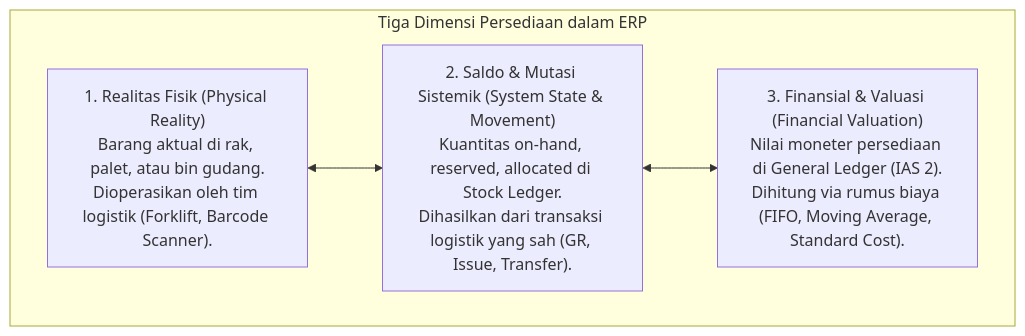
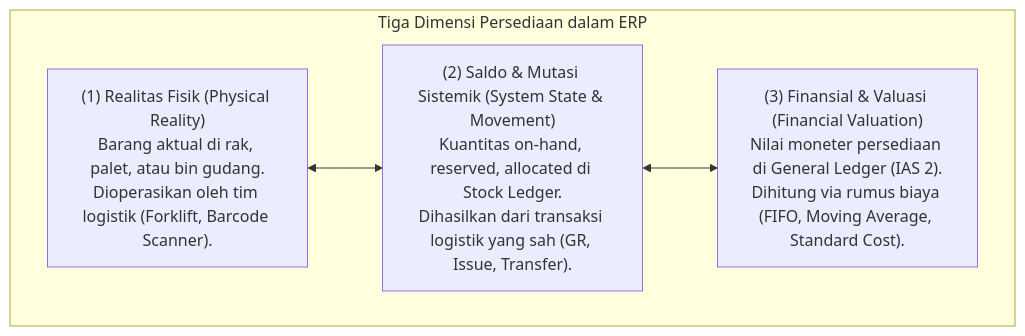
One commit to alimurrofid/erp-notes changed the first of 2 diagrams in content/05-inventory/inventory-fundamentals.md. Above: the diagram before and after it, drawn with Mermaid. The commit also changed other lines of this file and 132 other files, not shown here.

````diff
--- a/content/05-inventory/inventory-fundamentals.md
+++ b/content/05-inventory/inventory-fundamentals.md
@@ -19,10 +19,10 @@
 ```mermaid
 flowchart TD
     subgraph Dimensions["Tiga Dimensi Persediaan dalam ERP"]
-        Phys["1. Realitas Fisik (Physical Reality)<br/>Barang aktual di rak, palet, atau bin gudang.<br/>Dioperasikan oleh tim logistik (Forklift, Barcode Scanner)."]
-        Log["2. Saldo & Mutasi Sistemik (System State & Movement)<br/>Kuantitas on-hand, reserved, allocated di Stock Ledger.<br/>Dihasilkan dari transaksi logistik yang sah (GR, Issue, Transfer)."]
-        Val["3. Finansial & Valuasi (Financial Valuation)<br/>Nilai moneter persediaan di General Ledger (IAS 2).<br/>Dihitung via rumus biaya (FIFO, Moving Average, Standard Cost)."]
+        Phys["(1) Realitas Fisik (Physical Reality)<br/>Barang aktual di rak, palet, atau bin gudang.<br/>Dioperasikan oleh tim logistik (Forklift, Barcode Scanner)."]
+        Log["(2) Saldo & Mutasi Sistemik (System State & Movement)<br/>Kuantitas on-hand, reserved, allocated di Stock Ledger.<br/>Dihasilkan dari transaksi logistik yang sah (GR, Issue, Transfer)."]
+        Val["(3) Finansial & Valuasi (Financial Valuation)<br/>Nilai moneter persediaan di General Ledger (IAS 2).<br/>Dihitung via rumus biaya (FIFO, Moving Average, Standard Cost)."]
     end
     Phys <--> Log
     Log <--> Val
 ```
````
